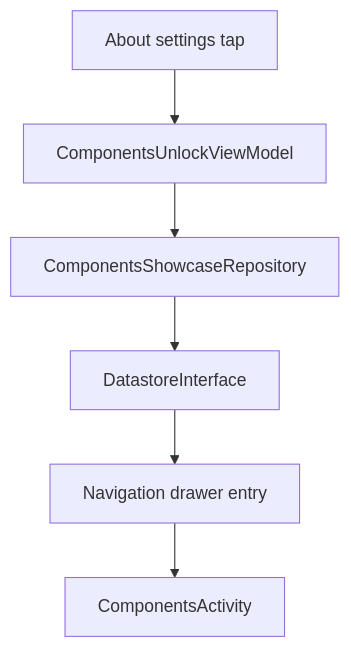
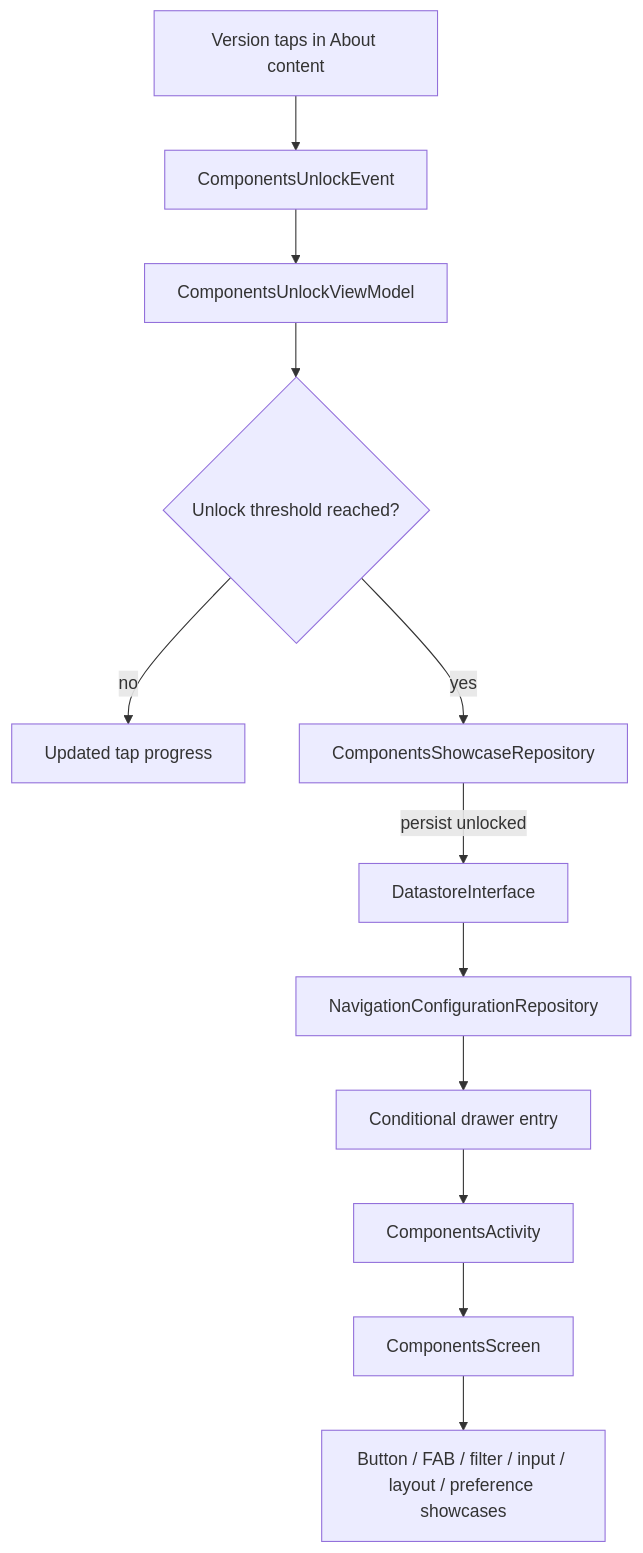
The diagram in sample/feature/components/README.md (MihaiCristianCondrea/App-Toolkit-for-Android), drawn with Mermaid before and after one commit. The commit also changed other lines of this file and 57 other files, not shown here.

````diff
--- a/sample/feature/components/README.md
+++ b/sample/feature/components/README.md
@@ -32,8 +32,14 @@
 ```mermaid
 flowchart TD
-    About[About settings tap] --> VM[ComponentsUnlockViewModel]
-    VM --> Repo[ComponentsShowcaseRepository]
-    Repo --> Store[DatastoreInterface]
-    Store --> Drawer[Navigation drawer entry]
+    About[Version taps in About content] --> Event[ComponentsUnlockEvent]
+    Event --> VM[ComponentsUnlockViewModel]
+    VM --> Counter{Unlock threshold reached?}
+    Counter -->|no| State[Updated tap progress]
+    Counter -->|yes| Repo[ComponentsShowcaseRepository]
+    Repo -->|persist unlocked| Store[DatastoreInterface]
+    Store --> Home[NavigationConfigurationRepository]
+    Home --> Drawer[Conditional drawer entry]
     Drawer --> Activity[ComponentsActivity]
+    Activity --> Screen[ComponentsScreen]
+    Screen --> Sections[Button / FAB / filter / input / layout / preference showcases]
 ```
````
